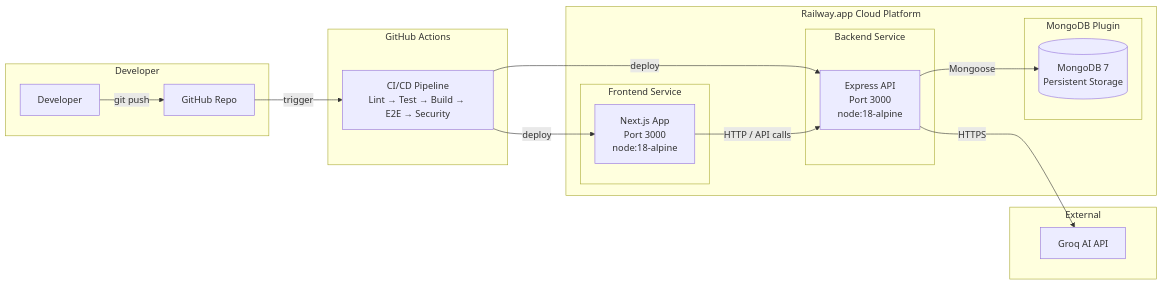
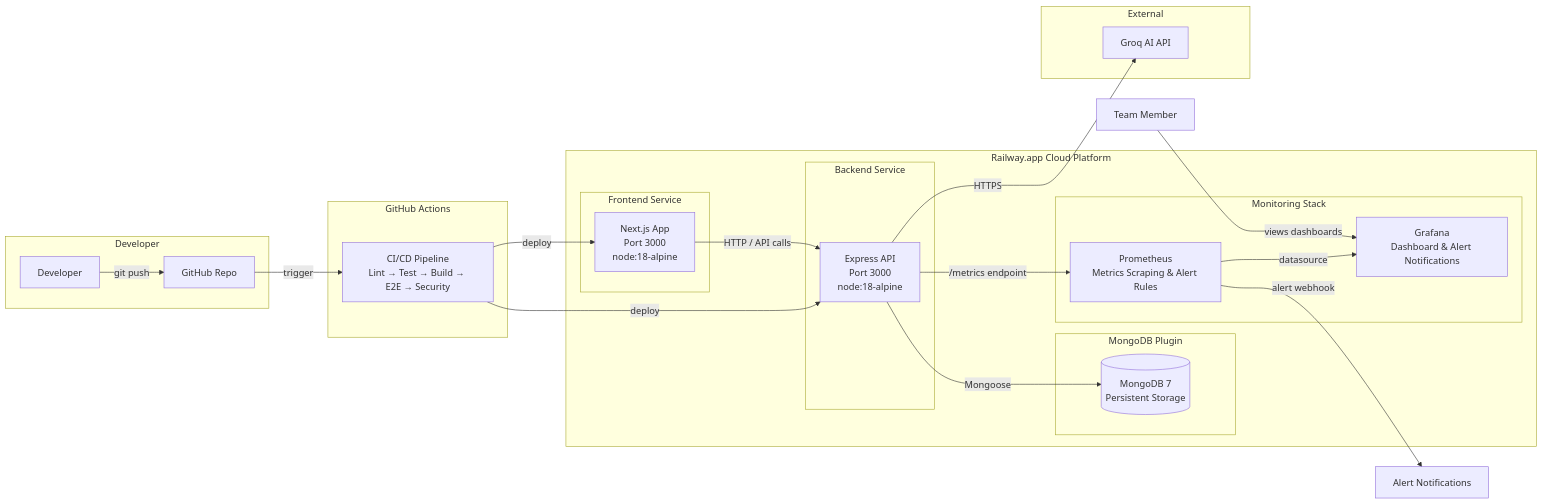
One commit to grahamcrackers123/BrainBytes changed the diagram in docs/architecture-diagram.md. Above: the diagram before and after it, drawn with Mermaid.

Commit message:
Update system architecture diagram

````diff
--- a/docs/architecture-diagram.md
+++ b/docs/architecture-diagram.md
@@ -5,35 +5,41 @@
 ```mermaid
 graph LR
     subgraph "Developer"
         DEV[Developer]
         GIT[GitHub Repo]
     end
-
     subgraph "GitHub Actions"
         CI[CI/CD Pipeline<br/>Lint → Test → Build → E2E → Security]
     end
-
     subgraph "Railway.app Cloud Platform"
         subgraph "Backend Service"
             BE[Express API<br/>Port 3000<br/>node:18-alpine]
         end
         subgraph "Frontend Service"
             FE[Next.js App<br/>Port 3000<br/>node:18-alpine]
         end
         subgraph "MongoDB Plugin"
             DB[(MongoDB 7<br/>Persistent Storage)]
         end
+        subgraph "Monitoring Stack"
+            PROM[Prometheus<br/>Metrics Scraping & Alert Rules]
+            GRAF[Grafana<br/>Dashboard & Alert Notifications]
+        end
     end
-
     subgraph "External"
         GROQ[Groq AI API]
     end
+    TEAM[Team Member]
 
     DEV -->|git push| GIT
     GIT -->|trigger| CI
     CI -->|deploy| BE
     CI -->|deploy| FE
     FE -->|HTTP / API calls| BE
     BE -->|Mongoose| DB
     BE -->|HTTPS| GROQ
+    BE -->|/metrics endpoint| PROM
+    PROM -->|datasource| GRAF
+    PROM -->|alert webhook| NOTIFY[Alert Notifications]
+    TEAM -->|views dashboards| GRAF
 ```
````
